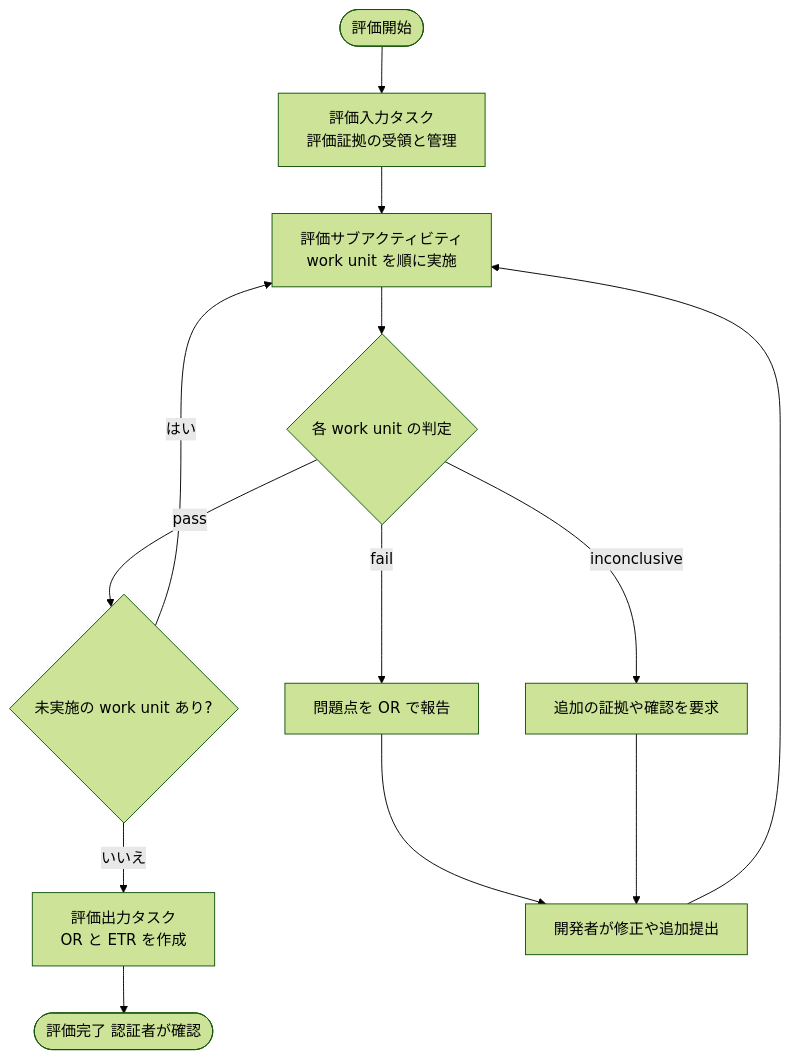
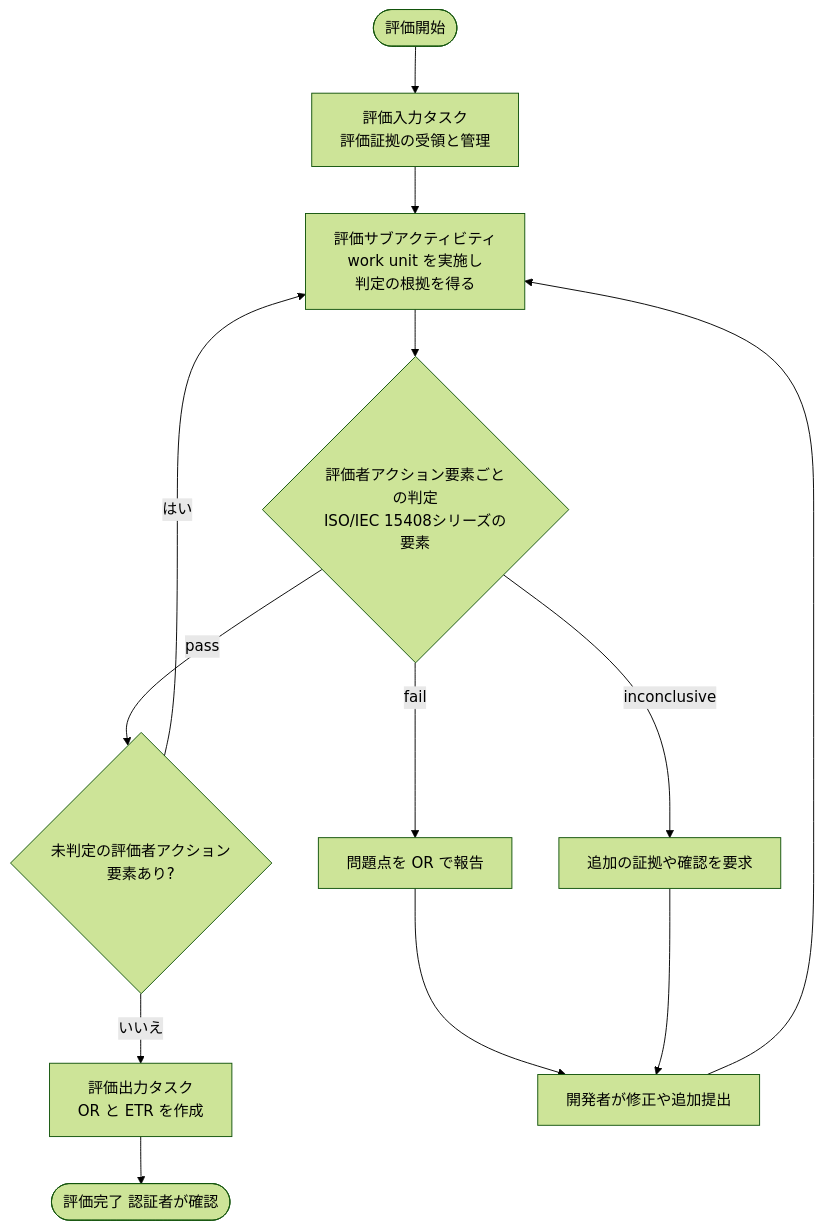
Before and after one commit to myoshi2891/Security_Studies: the sixth of 18 diagrams in Iso-iec-18045-2026-guide.md, drawn with Mermaid (forest theme). The commit also changed other lines of this file and 1 other file, not shown here.

Commit message:
docs(iso): refine CC and CEM evaluation criteria, verdicts, and EUCC details

````diff
--- a/Iso-iec-18045-2026-guide.md
+++ b/Iso-iec-18045-2026-guide.md
@@ -244,15 +244,15 @@
 ```mermaid
 flowchart TD
     S(["評価開始"]) --> I["評価入力タスク<br/>評価証拠の受領と管理"]
-    I --> A["評価サブアクティビティ<br/>work unit を順に実施"]
-    A --> V{"各 work unit の判定"}
-    V -->|"pass"| N{"未実施の work unit あり?"}
+    I --> A["評価サブアクティビティ<br/>work unit を実施し<br/>判定の根拠を得る"]
+    A --> V{"評価者アクション要素ごとの判定<br/>ISO/IEC 15408シリーズの要素"}
+    V -->|"pass"| N{"未判定の評価者アクション要素あり?"}
     N -->|"はい"| A
     N -->|"いいえ"| O["評価出力タスク<br/>OR と ETR を作成"]
     V -->|"fail"| R1["問題点を OR で報告"]
     V -->|"inconclusive"| R2["追加の証拠や確認を要求"]
     R1 --> D["開発者が修正や追加提出"]
     R2 --> D
     D --> A
     O --> E(["評価完了 認証者が確認"])
 ```
````
